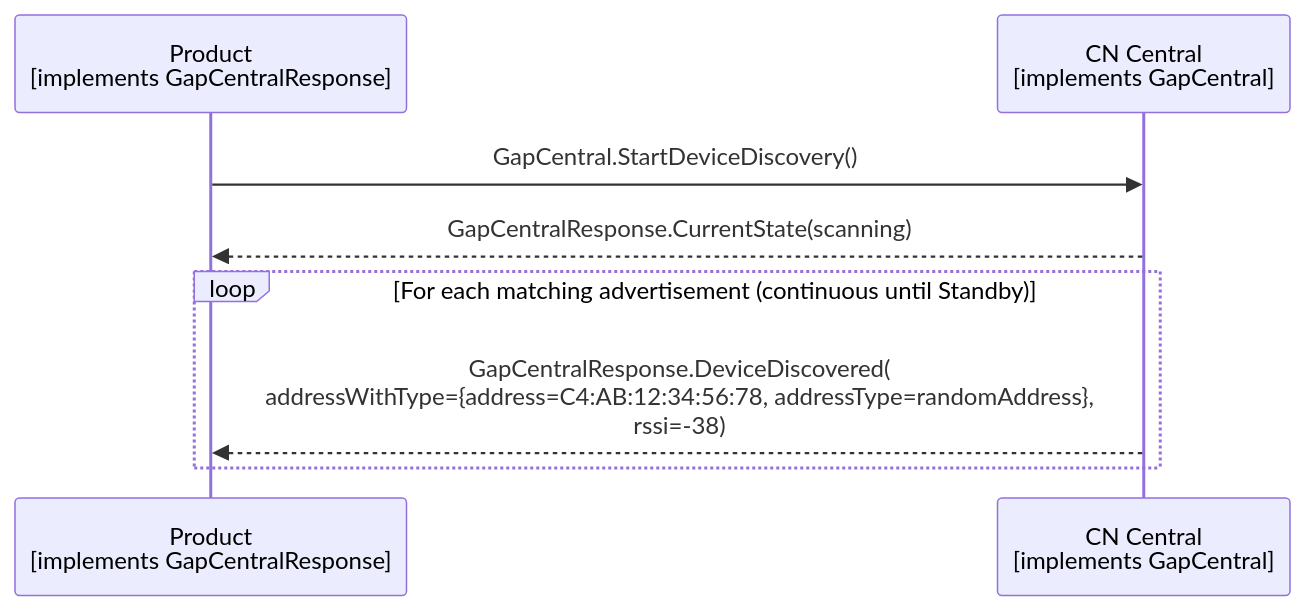
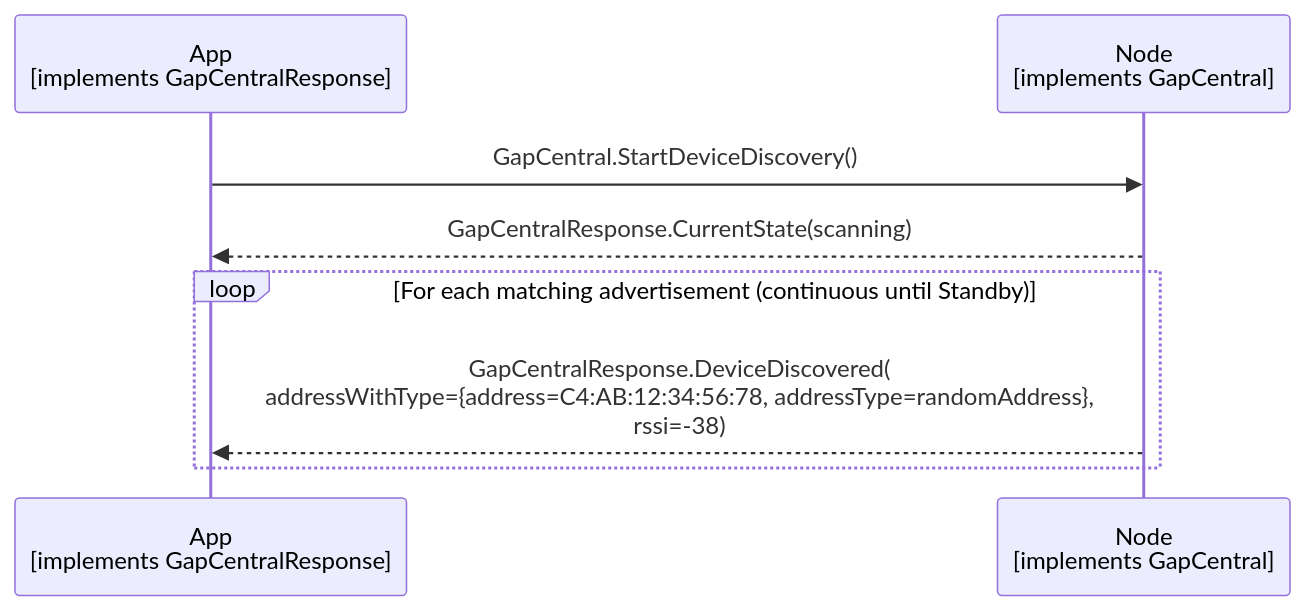
Before and after one commit to philips-software/amp-embedded-infra-lib: the diagram in documents/modules/ROOT/partials/echoservices/gap_central/GapCentral_StartDeviceDiscovery_sequence.mmd, drawn with Mermaid. The commit also changed 36 other files, not shown here.

```diff
--- a/documents/modules/ROOT/partials/echoservices/gap_central/GapCentral_StartDeviceDiscovery_sequence.mmd
+++ b/documents/modules/ROOT/partials/echoservices/gap_central/GapCentral_StartDeviceDiscovery_sequence.mmd
@@ -1,8 +1,8 @@
 sequenceDiagram
-    participant Product as Product<br>[implements GapCentralResponse]
-    participant CN as CN Central<br>[implements GapCentral]
-    Product->>CN: GapCentral.StartDeviceDiscovery()
-    CN-->>Product: GapCentralResponse.CurrentState(scanning)
+    participant App as App<br>[implements GapCentralResponse]
+    participant Node as Node<br>[implements GapCentral]
+    App->>Node: GapCentral.StartDeviceDiscovery()
+    Node-->>App: GapCentralResponse.CurrentState(scanning)
     loop For each matching advertisement (continuous until Standby)
-        CN-->>Product: GapCentralResponse.DeviceDiscovered(<br>addressWithType={address=C4:AB:12:34:56:78, addressType=randomAddress},<br>rssi=-38)
+        Node-->>App: GapCentralResponse.DeviceDiscovered(<br>addressWithType={address=C4:AB:12:34:56:78, addressType=randomAddress},<br>rssi=-38)
     end
```
